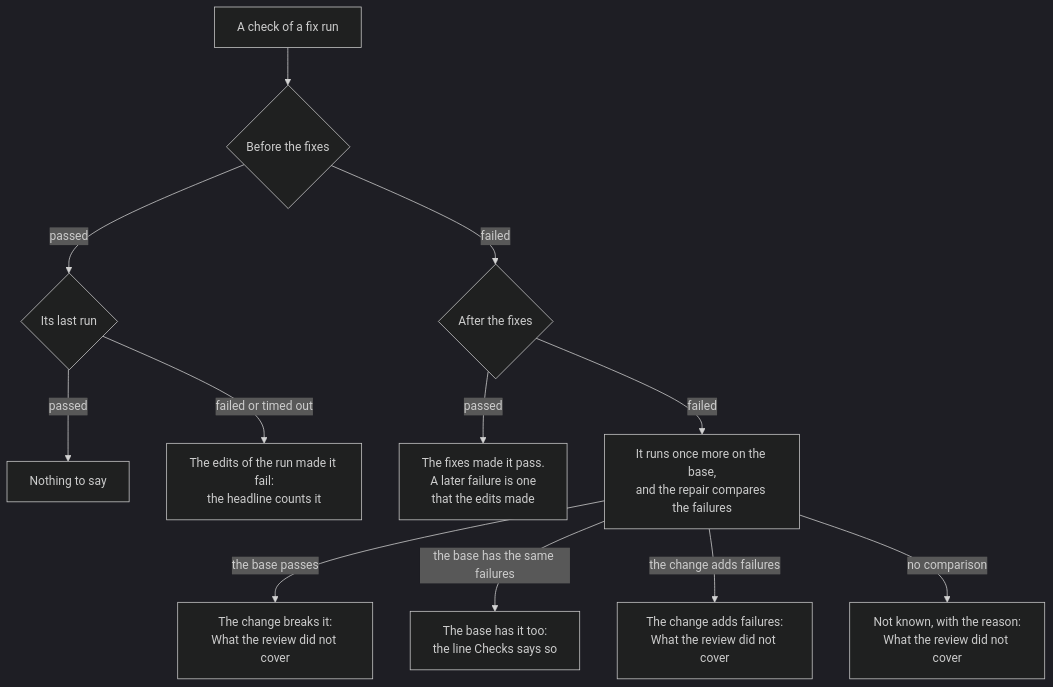
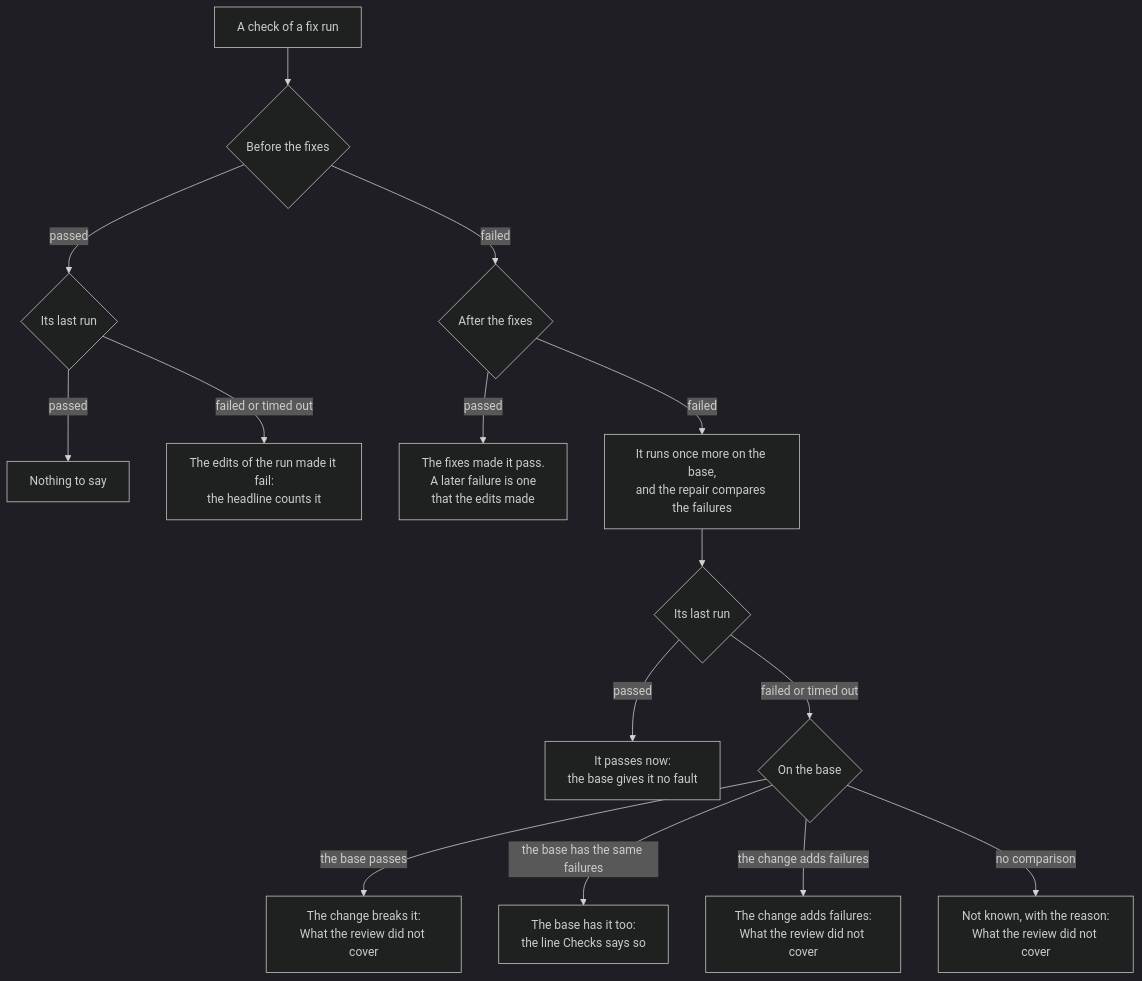
One commit to josephjang/deep-review changed the diagram in docs/changes/2026-10-28-facts-before-a-merge.requirements.md. Above: the diagram before and after it, drawn with Mermaid (dark theme). The commit also changed other lines of this file and 1 other file, not shown here.

Commit message:
docs(changes): Read a fault from the base only while a check fails
The table of faults gave a check that failed before and after the fixes
its fault from the base whatever its last run said. A check that the
repair or an answer pass then made pass kept the fault: the brief listed
it in "What the review did not cover", with the sentence that no step of
the run fixes a failure that the change brings, about a failure that the
run had fixed.

The merge question is about the tree now. A row that reads the base now
holds only while the last run of the kind failed or timed out. A check
that passes now reads by the row of a check that failed before the
fixes and passes now, and gives no gap. The comparison stays a fact of
the change as submitted, so the sentence of the checks and the report
keep it. A check whose last run was skipped or did not start keeps the
gap of a check that did not finish, since the run does not know if it
fails now.

````diff
--- a/docs/changes/2026-10-28-facts-before-a-merge.requirements.md
+++ b/docs/changes/2026-10-28-facts-before-a-merge.requirements.md
@@ -13,14 +13,17 @@
 ```mermaid
 flowchart TD
     A[A check of a fix run] --> B{Before the fixes}
     B -->|passed| C{Its last run}
     C -->|passed| C1[Nothing to say]
     C -->|failed or timed out| C2[The edits of the run made it fail:<br/>the headline counts it]
     B -->|failed| D{After the fixes}
     D -->|passed| D1[The fixes made it pass.<br/>A later failure is one<br/>that the edits made]
     D -->|failed| E[It runs once more on the base,<br/>and the repair compares the failures]
-    E -->|the base passes| E1[The change breaks it:<br/>What the review did not cover]
-    E -->|the base has the same failures| E2[The base has it too:<br/>the line Checks says so]
-    E -->|the change adds failures| E3[The change adds failures:<br/>What the review did not cover]
-    E -->|no comparison| E4[Not known, with the reason:<br/>What the review did not cover]
+    E --> F{Its last run}
+    F -->|passed| F1[It passes now:<br/>the base gives it no fault]
+    F -->|failed or timed out| G{On the base}
+    G -->|the base passes| E1[The change breaks it:<br/>What the review did not cover]
+    G -->|the base has the same failures| E2[The base has it too:<br/>the line Checks says so]
+    G -->|the change adds failures| E3[The change adds failures:<br/>What the review did not cover]
+    G -->|no comparison| E4[Not known, with the reason:<br/>What the review did not cover]
 ```
````
